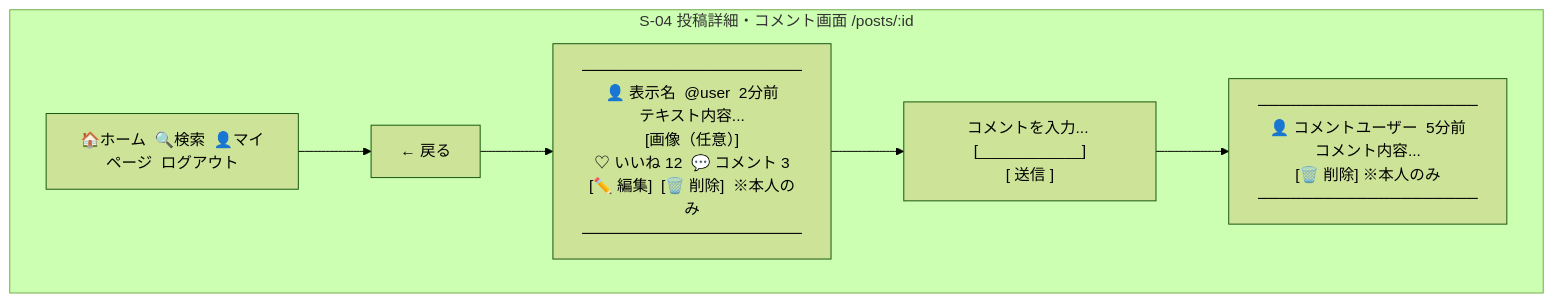
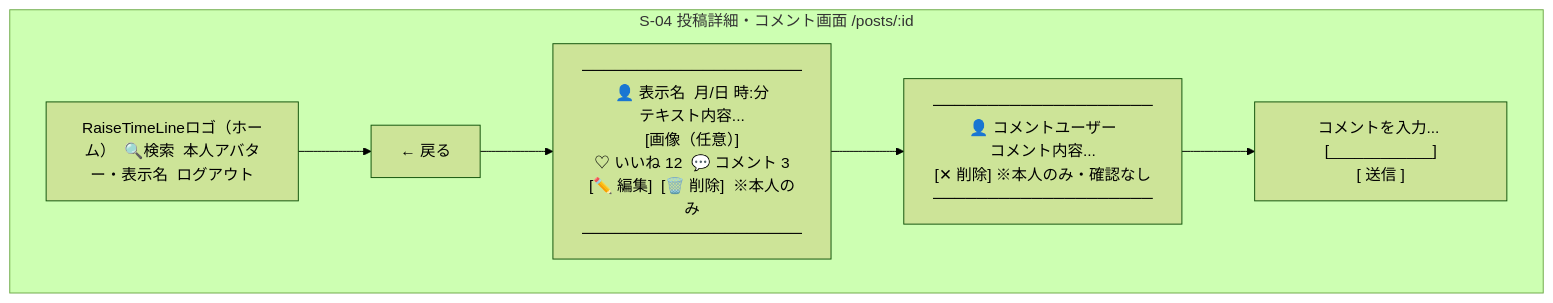
One commit to yamamotonaoki3/RaiseTimeLine changed the fourth of 11 diagrams in docs/details/wireframes.md. Above: the diagram before and after it, drawn with Mermaid (forest theme). The commit also changed other lines of this file and 27 other files, not shown here.

````diff
--- a/docs/details/wireframes.md
+++ b/docs/details/wireframes.md
@@ -58,11 +58,11 @@
 ```mermaid
 flowchart TB
     subgraph S04["S-04 投稿詳細・コメント画面 /posts/:id"]
-        Nav["🏠ホーム  🔍検索  👤マイページ  ログアウト"]
+        Nav["RaiseTimeLineロゴ（ホーム）  🔍検索  本人アバター・表示名  ログアウト"]
         Back["← 戻る"]
-        Post["────────────────────\n👤 表示名  @user  2分前\nテキスト内容...\n[画像（任意）]\n♡ いいね 12  💬 コメント 3\n[✏️ 編集]  [🗑️ 削除]  ※本人のみ\n────────────────────"]
+        Post["────────────────────\n👤 表示名  月/日 時:分\nテキスト内容...\n[画像（任意）]\n♡ いいね 12  💬 コメント 3\n[✏️ 編集]  [🗑️ 削除]  ※本人のみ\n────────────────────"]
         CommentForm["コメントを入力... [____________]\n[ 送信 ]"]
-        CommentList["────────────────────\n👤 コメントユーザー  5分前\nコメント内容...\n[🗑️ 削除] ※本人のみ\n────────────────────"]
-        Nav --> Back --> Post --> CommentForm --> CommentList
+        CommentList["────────────────────\n👤 コメントユーザー\nコメント内容...\n[✕ 削除] ※本人のみ・確認なし\n────────────────────"]
+        Nav --> Back --> Post --> CommentList --> CommentForm
     end
 ```
````
